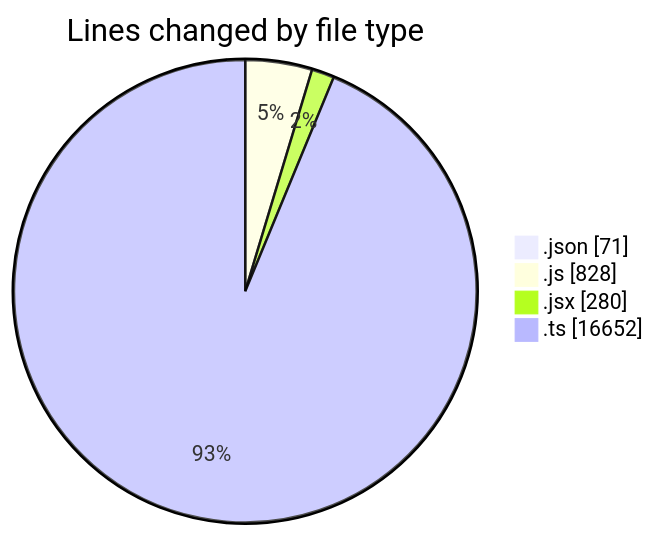
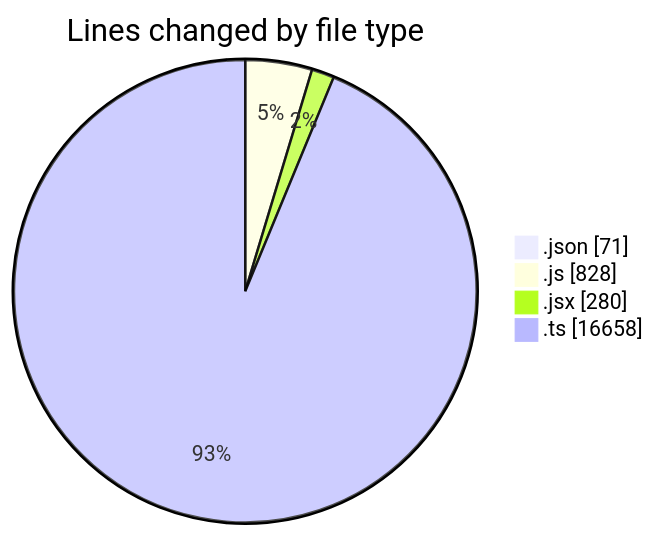
Before and after one commit to momahboobian/code-tracking: the first of 2 diagrams in 2025-05-13/cda/README.md, drawn with Mermaid. The commit also changed other lines of this file and 1 other file, not shown here.

````diff
--- a/2025-05-13/cda/README.md
+++ b/2025-05-13/cda/README.md
@@ -30,8 +30,8 @@
 ```mermaid
 pie showData
 title Lines changed by file type
 ".json" : 71
 ".js" : 828
 ".jsx" : 280
-".ts" : 16652
+".ts" : 16658
 ```
````
